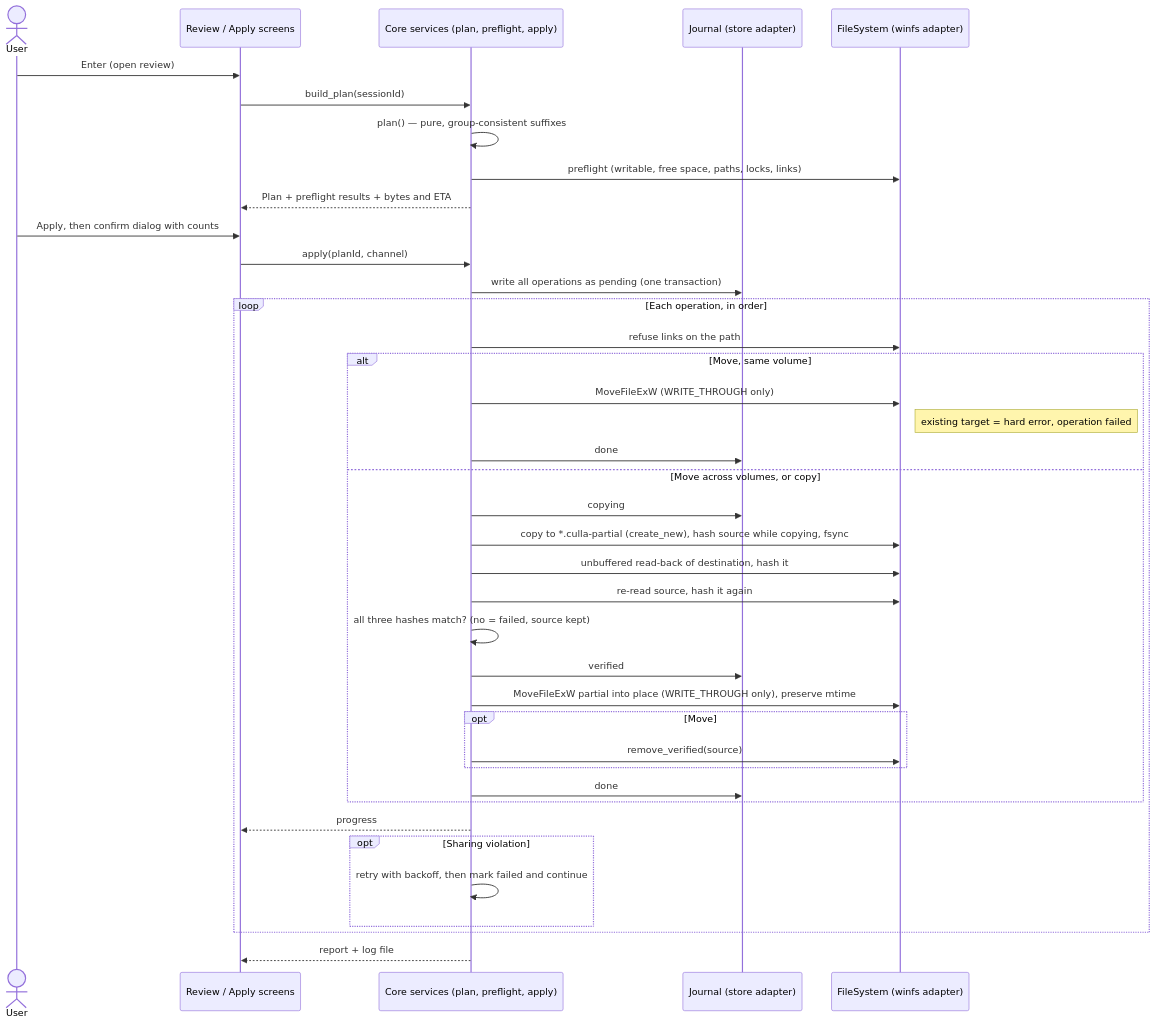
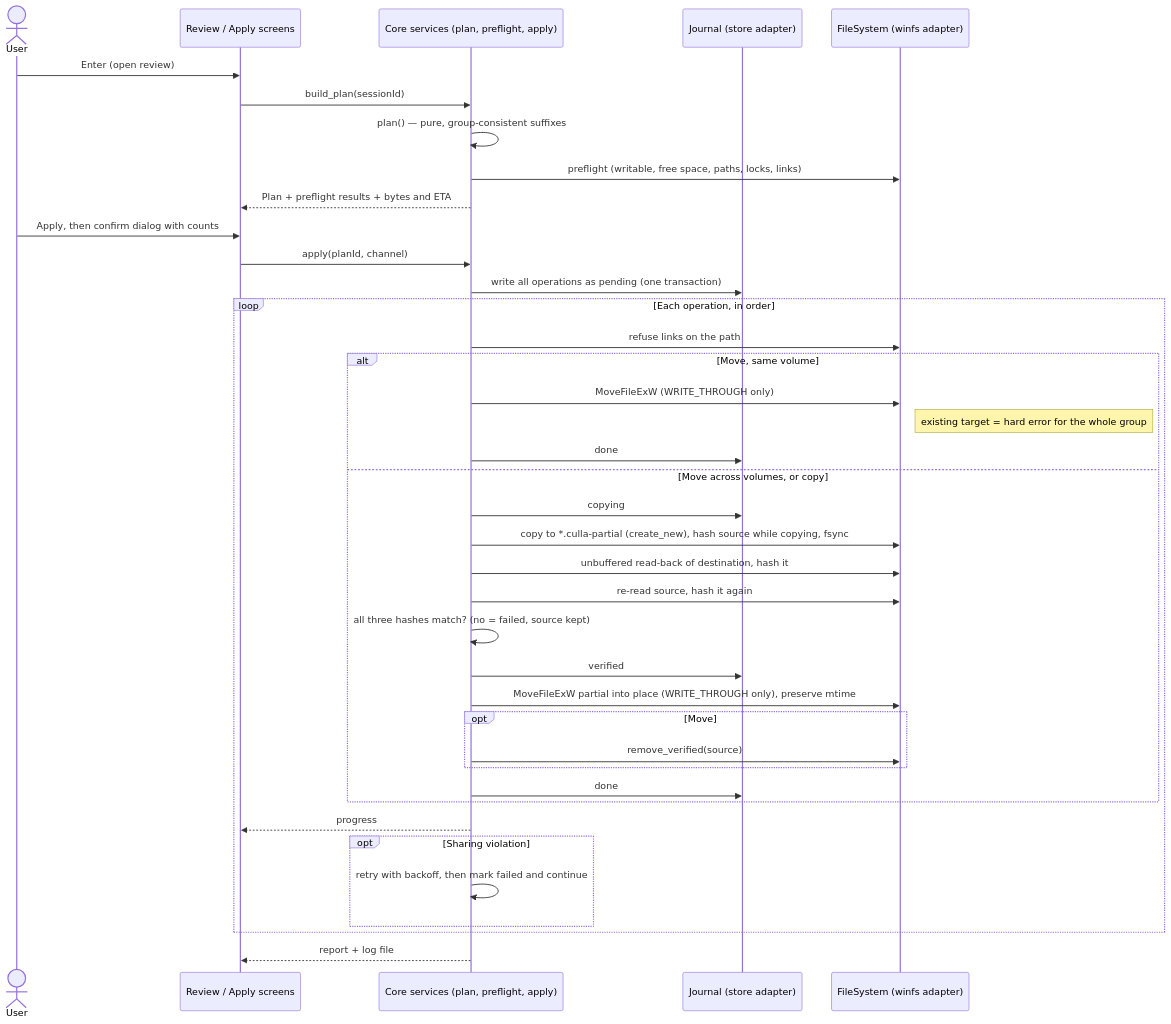
One commit to margaux-faurie/culla changed the seventh of 9 diagrams in docs/architecture.md. Above: the diagram before and after it, drawn with Mermaid. The commit also changed other lines of this file and 10 other files, not shown here.

````diff
--- a/docs/architecture.md
+++ b/docs/architecture.md
@@ -325,42 +326,42 @@
 ```mermaid
 sequenceDiagram
   actor U as User
   participant UI as Review / Apply screens
   participant C as Core services (plan, preflight, apply)
   participant DB as Journal (store adapter)
   participant FS as FileSystem (winfs adapter)
 
   U->>UI: Enter (open review)
   UI->>C: build_plan(sessionId)
   C->>C: plan() — pure, group-consistent suffixes
   C->>FS: preflight (writable, free space, paths, locks, links)
   C-->>UI: Plan + preflight results + bytes and ETA
   U->>UI: Apply, then confirm dialog with counts
   UI->>C: apply(planId, channel)
   C->>DB: write all operations as pending (one transaction)
   loop Each operation, in order
     C->>FS: refuse links on the path
     alt Move, same volume
       C->>FS: MoveFileExW (WRITE_THROUGH only)
-      Note right of FS: existing target = hard error, operation failed
+      Note right of FS: existing target = hard error for the whole group
       C->>DB: done
     else Move across volumes, or copy
       C->>DB: copying
       C->>FS: copy to *.culla-partial (create_new), hash source while copying, fsync
       C->>FS: unbuffered read-back of destination, hash it
       C->>FS: re-read source, hash it again
       C->>C: all three hashes match? (no = failed, source kept)
       C->>DB: verified
       C->>FS: MoveFileExW partial into place (WRITE_THROUGH only), preserve mtime
       opt Move
         C->>FS: remove_verified(source)
       end
       C->>DB: done
     end
     C-->>UI: progress
     opt Sharing violation
       C->>C: retry with backoff, then mark failed and continue
     end
   end
   C-->>UI: report + log file
 ```
````
